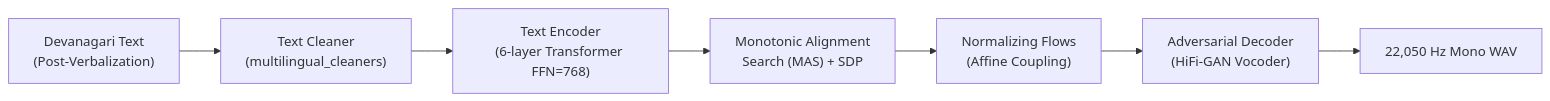
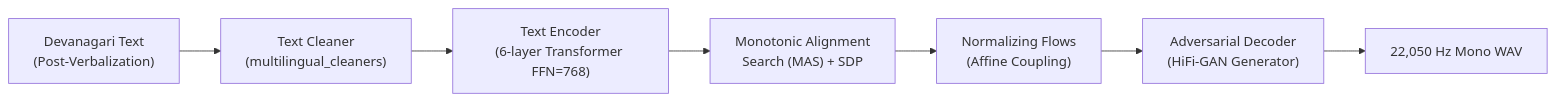
Before and after one commit to Punyansh26/minorprojectsem5: the diagram in idea/presentation/working/04-tts-models-deepdive.md, drawn with Mermaid. The commit also changed other lines of this file and 14 other files, not shown here.

First line of the commit message:
Refactor web client specifications and architecture decisions for clarity and detail

````diff
--- a/idea/presentation/working/04-tts-models-deepdive.md
+++ b/idea/presentation/working/04-tts-models-deepdive.md
@@ -12,9 +14,9 @@
 ```mermaid
 flowchart LR
     Input["Devanagari Text\n(Post-Verbalization)"] --> Cleaner["Text Cleaner\n(multilingual_cleaners)"]
     Cleaner --> Enc["Text Encoder\n(6-layer Transformer FFN=768)"]
     Enc --> MAS["Monotonic Alignment\nSearch (MAS) + SDP"]
     MAS --> Flow["Normalizing Flows\n(Affine Coupling)"]
-    Flow --> Vocoder["Adversarial Decoder\n(HiFi-GAN Vocoder)"]
+    Flow --> Vocoder["Adversarial Decoder\n(HiFi-GAN Generator)"]
     Vocoder --> Audio["22,050 Hz Mono WAV"]
 ```
````
